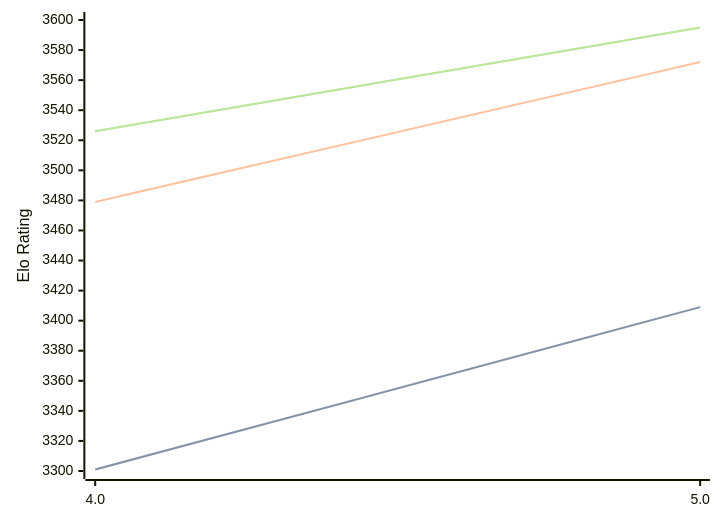
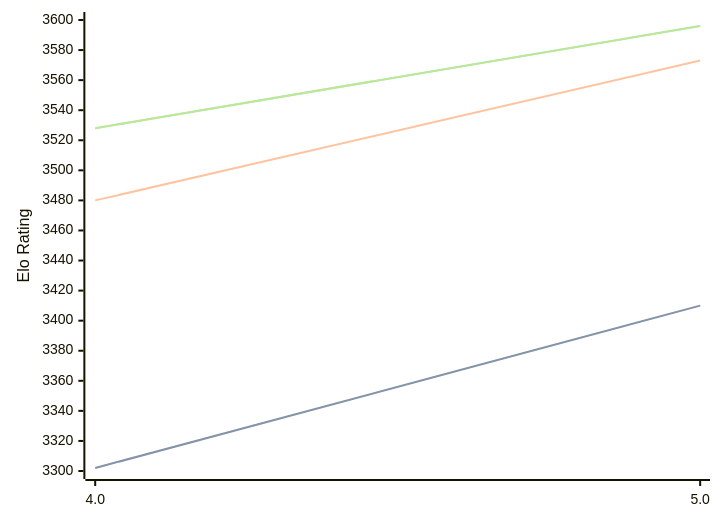
Before and after one commit to computer-chess-index/cci: the diagram in engines/Tarnished.md, drawn with Mermaid. The commit also changed other lines of this file, not shown here.

Commit message:
Update CCI Ratings (ELO VLTC) - 2026-05-12

````diff
--- a/engines/Tarnished.md
+++ b/engines/Tarnished.md
@@ -36,11 +36,11 @@
 ```mermaid
 %%{init: {"theme":"base","themeVariables":{"seriesColors:['#a3a3a3','#222221','#faa371']}}}%%
 xychart-beta
   x-axis ["4.0", "5.0"]
   y-axis "Elo Rating" 3300 --> 3600
-  line "STC (8.0+0.08s)" [3301, 3409]
-  line "STC (8.0+0.08s)" [3301, 3409]
-  line "LTC (60.0+0.60s)" [3479, 3572]
-  line "VLTC (2m24s+1.12s)" [3526, 3595]
-  line "VLTC (2m24s+1.12s)" [3526, 3595]
+  line "STC (8.0+0.08s)" [3302, 3410]
+  line "STC (8.0+0.08s)" [3302, 3410]
+  line "LTC (60.0+0.60s)" [3480, 3573]
+  line "VLTC (2m24s+1.12s)" [3528, 3596]
+  line "VLTC (2m24s+1.12s)" [3528, 3596]
 ```
````
